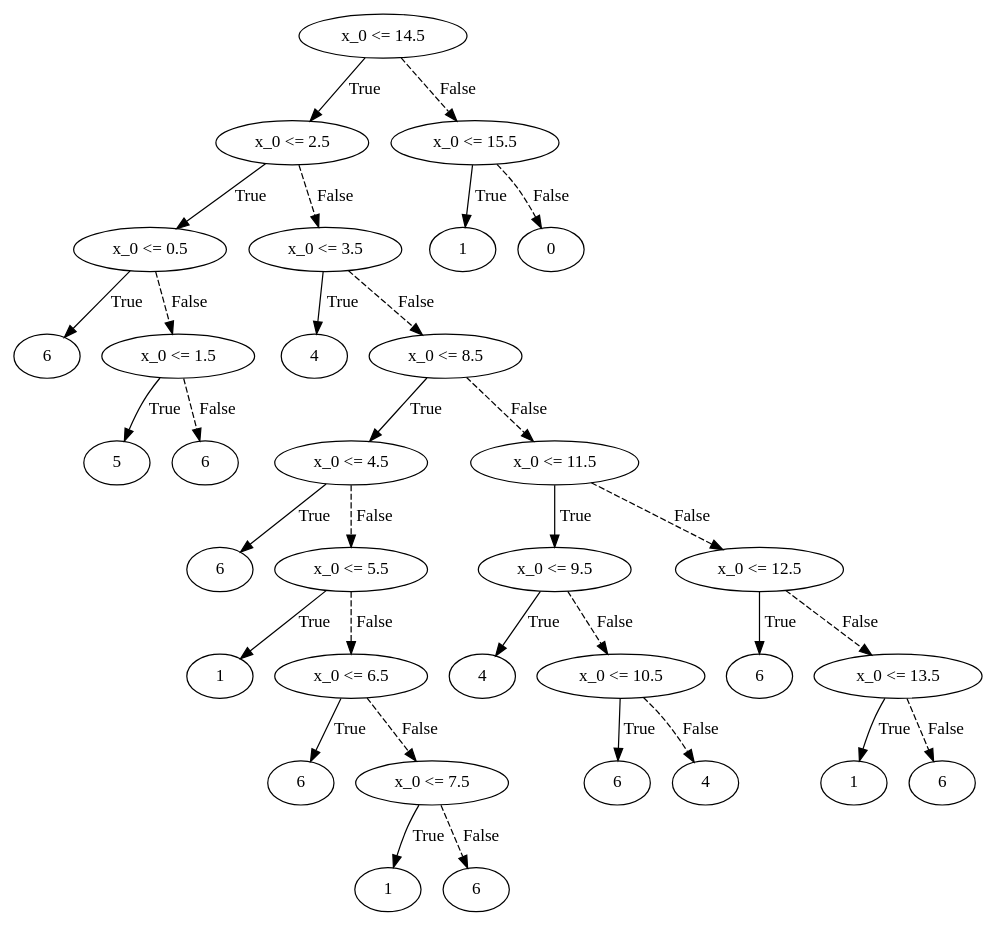
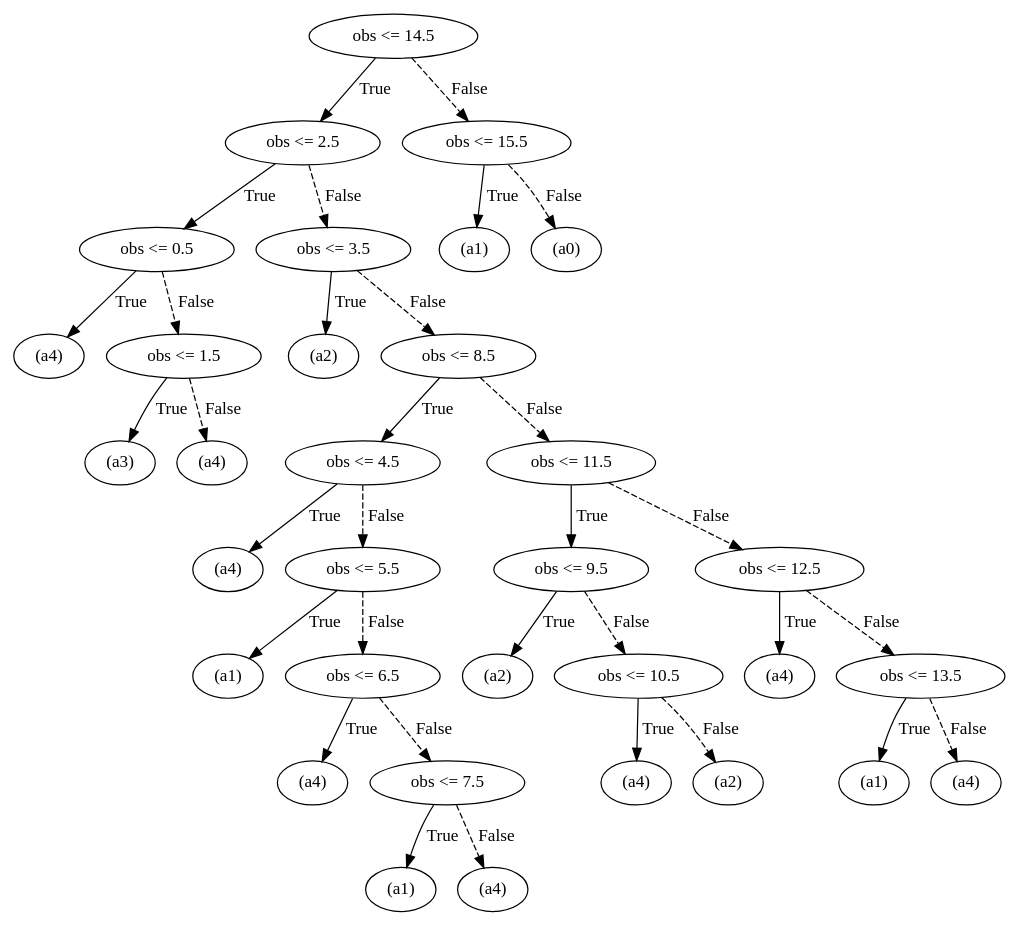
Before and after one commit to muqsit-azeem/pomdp-explainable-strategies: the diagram in quantitative/explainable-fsc/hallway2-cutoffstrategy/schedulers/10/default.dot, drawn with Graphviz. The commit also changed 1006 other files, not shown here.

```diff
--- a/quantitative/explainable-fsc/hallway2-cutoffstrategy/schedulers/10/default.dot
+++ b/quantitative/explainable-fsc/hallway2-cutoffstrategy/schedulers/10/default.dot
@@ -1,68 +1,68 @@
 digraph {
-0 [label="x_0 <= 14.5"];
-1 [label="x_0 <= 2.5"];
-2 [label="x_0 <= 0.5"];
-3 [label="6"];
+0 [label="obs <= 14.5"];
+1 [label="obs <= 2.5"];
+2 [label="obs <= 0.5"];
+3 [label="(a4)"];
 2 -> 3 [label="True"];
-4 [label="x_0 <= 1.5"];
-5 [label="5"];
+4 [label="obs <= 1.5"];
+5 [label="(a3)"];
 4 -> 5 [label="True"];
-6 [label="6"];
+6 [label="(a4)"];
 4 -> 6 [style="dashed", label="False"];
 2 -> 4 [style="dashed", label="False"];
 1 -> 2 [label="True"];
-7 [label="x_0 <= 3.5"];
-8 [label="4"];
+7 [label="obs <= 3.5"];
+8 [label="(a2)"];
 7 -> 8 [label="True"];
-9 [label="x_0 <= 8.5"];
-10 [label="x_0 <= 4.5"];
-11 [label="6"];
+9 [label="obs <= 8.5"];
+10 [label="obs <= 4.5"];
+11 [label="(a4)"];
 10 -> 11 [label="True"];
-12 [label="x_0 <= 5.5"];
-13 [label="1"];
+12 [label="obs <= 5.5"];
+13 [label="(a1)"];
 12 -> 13 [label="True"];
-14 [label="x_0 <= 6.5"];
-15 [label="6"];
+14 [label="obs <= 6.5"];
+15 [label="(a4)"];
 14 -> 15 [label="True"];
-16 [label="x_0 <= 7.5"];
-17 [label="1"];
+16 [label="obs <= 7.5"];
+17 [label="(a1)"];
 16 -> 17 [label="True"];
-18 [label="6"];
+18 [label="(a4)"];
 16 -> 18 [style="dashed", label="False"];
 14 -> 16 [style="dashed", label="False"];
 12 -> 14 [style="dashed", label="False"];
 10 -> 12 [style="dashed", label="False"];
 9 -> 10 [label="True"];
-19 [label="x_0 <= 11.5"];
-20 [label="x_0 <= 9.5"];
-21 [label="4"];
+19 [label="obs <= 11.5"];
+20 [label="obs <= 9.5"];
+21 [label="(a2)"];
 20 -> 21 [label="True"];
-22 [label="x_0 <= 10.5"];
-23 [label="6"];
+22 [label="obs <= 10.5"];
+23 [label="(a4)"];
 22 -> 23 [label="True"];
-24 [label="4"];
+24 [label="(a2)"];
 22 -> 24 [style="dashed", label="False"];
 20 -> 22 [style="dashed", label="False"];
 19 -> 20 [label="True"];
-25 [label="x_0 <= 12.5"];
-26 [label="6"];
+25 [label="obs <= 12.5"];
+26 [label="(a4)"];
 25 -> 26 [label="True"];
-27 [label="x_0 <= 13.5"];
-28 [label="1"];
+27 [label="obs <= 13.5"];
+28 [label="(a1)"];
 27 -> 28 [label="True"];
-29 [label="6"];
+29 [label="(a4)"];
 27 -> 29 [style="dashed", label="False"];
 25 -> 27 [style="dashed", label="False"];
 19 -> 25 [style="dashed", label="False"];
 9 -> 19 [style="dashed", label="False"];
 7 -> 9 [style="dashed", label="False"];
 1 -> 7 [style="dashed", label="False"];
 0 -> 1 [label="True"];
-30 [label="x_0 <= 15.5"];
-31 [label="1"];
+30 [label="obs <= 15.5"];
+31 [label="(a1)"];
 30 -> 31 [label="True"];
-32 [label="0"];
+32 [label="(a0)"];
 30 -> 32 [style="dashed", label="False"];
 0 -> 30 [style="dashed", label="False"];
 
 }
```
